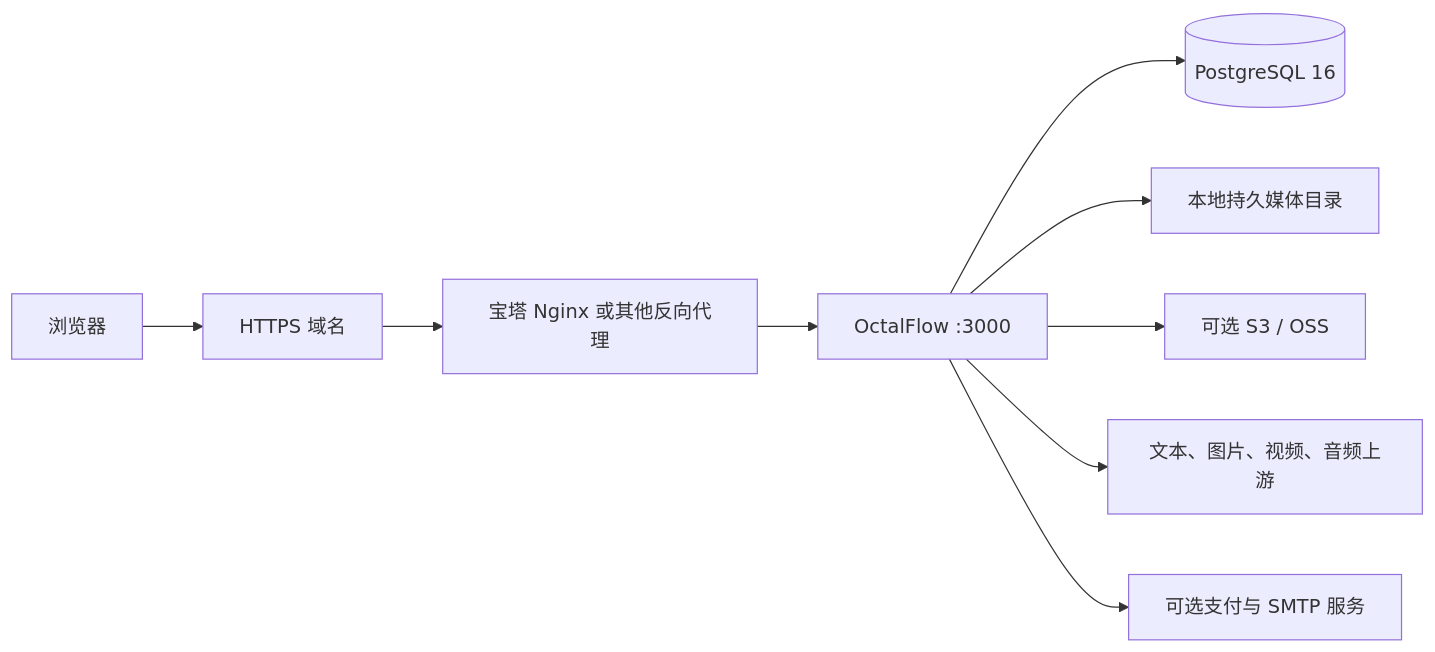
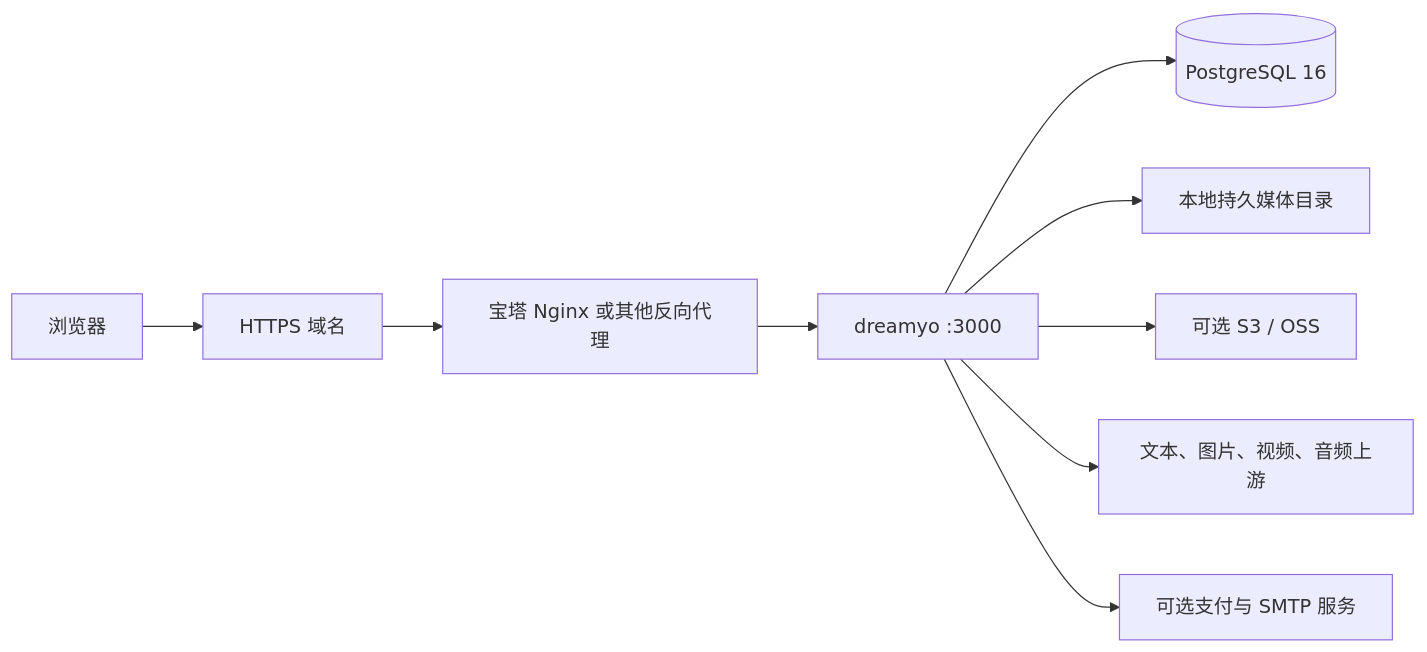
The fifth of 6 diagrams in docs/content/docs/overview/project-structure.mdx (dreamwho/OctalFlow), drawn with Mermaid before and after one commit. The commit also changed other lines of this file and 532 other files, not shown here.

````diff
--- a/docs/content/docs/overview/project-structure.mdx
+++ b/docs/content/docs/overview/project-structure.mdx
@@ -192,11 +192,11 @@
 ```mermaid
 flowchart LR
     USER["浏览器"] --> HTTPS["HTTPS 域名"]
     HTTPS --> NGINX["宝塔 Nginx 或其他反向代理"]
-    NGINX --> APP["OctalFlow :3000"]
+    NGINX --> APP["dreamyo :3000"]
     APP --> PG[("PostgreSQL 16")]
     APP --> LOCAL["本地持久媒体目录"]
     APP --> OSS["可选 S3 / OSS"]
     APP --> AI["文本、图片、视频、音频上游"]
     APP --> PAY["可选支付与 SMTP 服务"]
 ```
````
